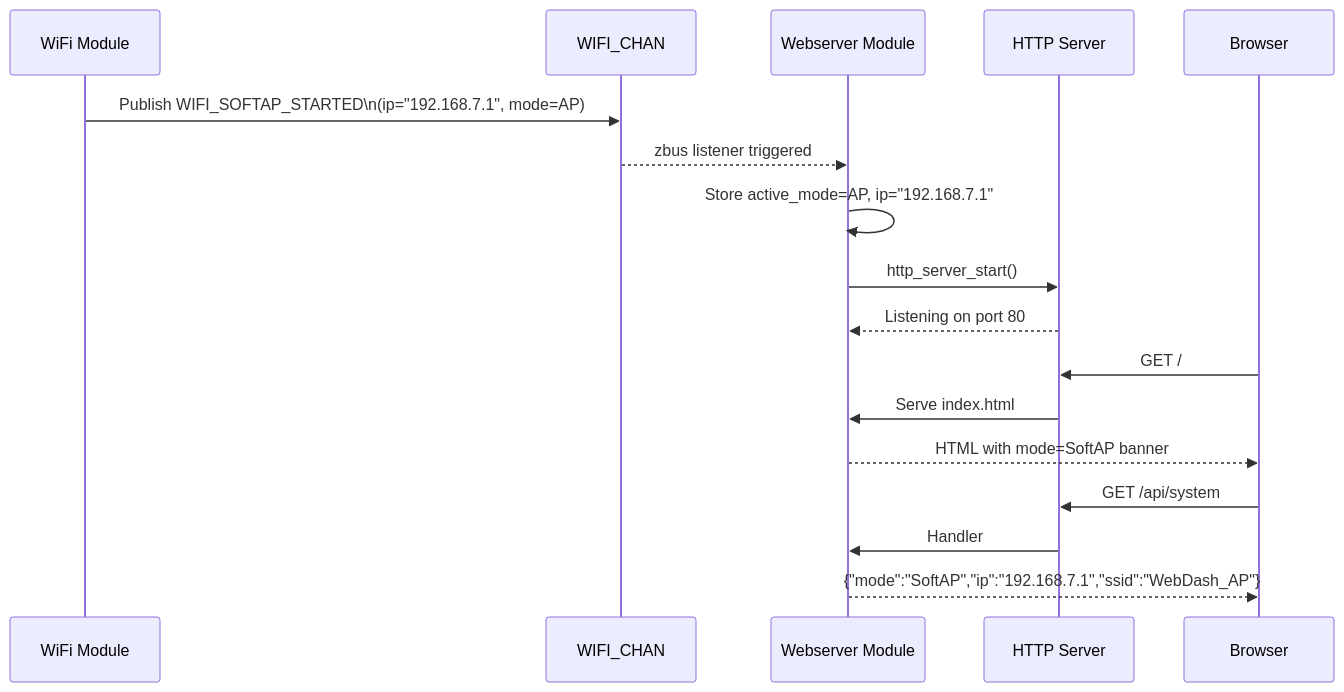
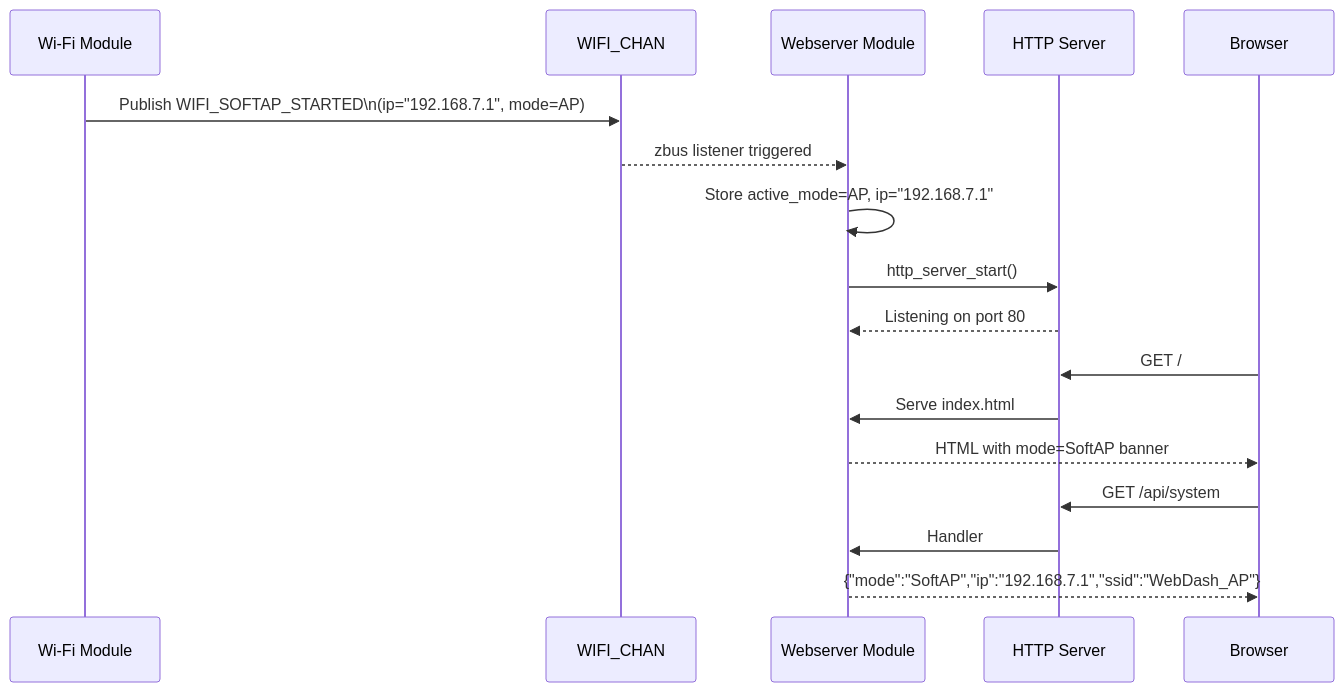
Before and after one commit to chshzh/nordic-wifi-webdash: the diagram in docs/specs/webserver-module.md, drawn with Mermaid. The commit also changed other lines of this file and 8 other files, not shown here.

````diff
--- a/docs/specs/webserver-module.md
+++ b/docs/specs/webserver-module.md
@@ -171,22 +179,22 @@
 ```mermaid
 sequenceDiagram
-    participant WiFi as WiFi Module
+    participant Wi-Fi as Wi-Fi Module
     participant WIFI_CHAN
     participant Web as Webserver Module
     participant HTTP as HTTP Server
     participant Browser
 
-    WiFi->>WIFI_CHAN: Publish WIFI_SOFTAP_STARTED\n(ip="192.168.7.1", mode=AP)
+    Wi-Fi->>WIFI_CHAN: Publish WIFI_SOFTAP_STARTED\n(ip="192.168.7.1", mode=AP)
     WIFI_CHAN-->>Web: zbus listener triggered
     Web->>Web: Store active_mode=AP, ip="192.168.7.1"
     Web->>HTTP: http_server_start()
     HTTP-->>Web: Listening on port 80
 
     Browser->>HTTP: GET /
     HTTP->>Web: Serve index.html
     Web-->>Browser: HTML with mode=SoftAP banner
 
     Browser->>HTTP: GET /api/system
     HTTP->>Web: Handler
     Web-->>Browser: {"mode":"SoftAP","ip":"192.168.7.1","ssid":"WebDash_AP"}
 ```
````
